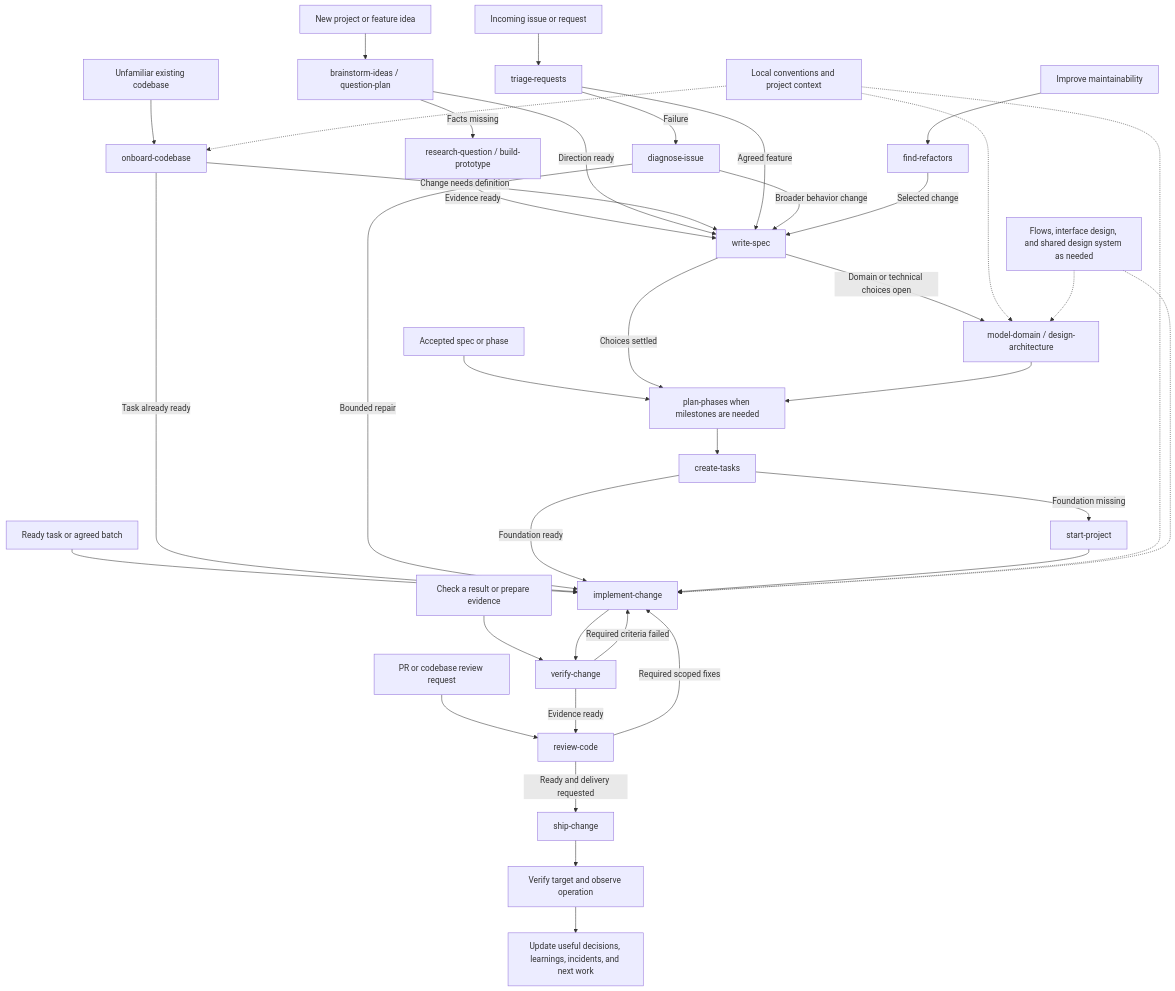
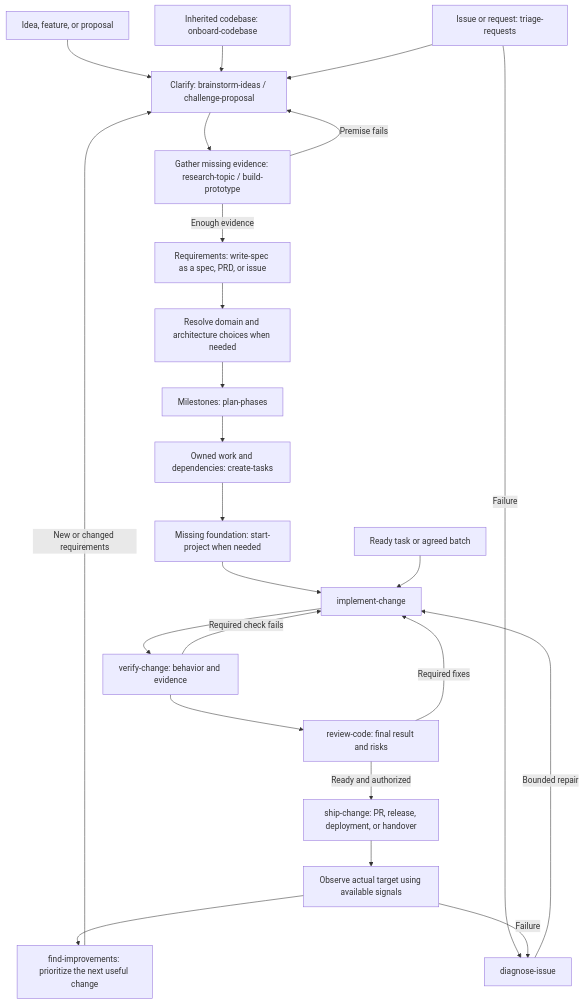
Before and after one commit to bobalazek/skills: the first of 2 diagrams in docs/workflows.md, drawn with Mermaid. The commit also changed other lines of this file and 35 other files, not shown here.

````diff
--- a/docs/workflows.md
+++ b/docs/workflows.md
@@ -24,42 +27,26 @@
 ```mermaid
 flowchart TD
-  Idea["New project or feature idea"] --> Brainstorm["brainstorm-ideas / question-plan"]
-  Inherit["Unfamiliar existing codebase"] --> Onboard["onboard-codebase"]
-  Incoming["Incoming issue or request"] --> Triage["triage-requests"]
-  Refactor["Improve maintainability"] --> Find["find-refactors"]
-  ReadySpec["Accepted spec or phase"] --> Phases["plan-phases when milestones are needed"]
-  ReadyTask["Ready task or agreed batch"] --> Implement["implement-change"]
-  Audit["PR or codebase review request"] --> Review["review-code"]
-  Evidence["Check a result or prepare evidence"] --> Verify["verify-change"]
-
-  Brainstorm -->|Facts missing| Research["research-question / build-prototype"]
-  Research -->|Evidence ready| Spec["write-spec"]
-  Brainstorm -->|Direction ready| Spec
-  Onboard -->|Change needs definition| Spec
-  Onboard -->|Task already ready| Implement
-  Triage -->|Failure| Diagnose["diagnose-issue"]
-  Triage -->|Agreed feature| Spec
+  Idea["Idea, feature, or proposal"] --> Clarify["Clarify: brainstorm-ideas / challenge-proposal"]
+  Existing["Inherited codebase: onboard-codebase"] --> Clarify
+  Issue["Issue or request: triage-requests"] --> Clarify
+  Issue -->|Failure| Diagnose["diagnose-issue"]
+  Clarify --> Research["Gather missing evidence: research-topic / build-prototype"]
+  Research -->|Enough evidence| Spec["Requirements: write-spec as a spec, PRD, or issue"]
+  Research -->|Premise fails| Clarify
+  Spec --> Design["Resolve domain and architecture choices when needed"]
+  Design --> Phases["Milestones: plan-phases"]
+  Phases --> Tasks["Owned work and dependencies: create-tasks"]
+  Tasks --> Foundation["Missing foundation: start-project when needed"]
+  Foundation --> Implement["implement-change"]
+  Ready["Ready task or agreed batch"] --> Implement
   Diagnose -->|Bounded repair| Implement
-  Diagnose -->|Broader behavior change| Spec
-  Find -->|Selected change| Spec
-  Spec -->|Domain or technical choices open| Design["model-domain / design-architecture"]
-  Spec -->|Choices settled| Phases
-  Design --> Phases
-  Phases --> Tasks["create-tasks"]
-  Tasks -->|Foundation missing| Start["start-project"]
-  Tasks -->|Foundation ready| Implement
-  Start --> Implement
-  Implement --> Verify
-  Verify -->|Required criteria failed| Implement
-  Verify -->|Evidence ready| Review
-  Review -->|Required scoped fixes| Implement
-  Review -->|Ready and delivery requested| Ship["ship-change"]
-  Ship --> Observe["Verify target and observe operation"]
-  Observe --> Learn["Update useful decisions, learnings, incidents, and next work"]
-
-  Context["Local conventions and project context"] -.-> Onboard
-  Context -.-> Design
-  Context -.-> Implement
-  UI["Flows, interface design, and shared design system as needed"] -.-> Design
-  UI -.-> Implement
+  Implement --> Verify["verify-change: behavior and evidence"]
+  Verify -->|Required check fails| Implement
+  Verify --> Review["review-code: final result and risks"]
+  Review -->|Required fixes| Implement
+  Review -->|Ready and authorized| Ship["ship-change: PR, release, deployment, or handover"]
+  Ship --> Observe["Observe actual target using available signals"]
+  Observe --> Improve["find-improvements: prioritize the next useful change"]
+  Improve -->|New or changed requirements| Clarify
+  Observe -->|Failure| Diagnose
 ```
````
